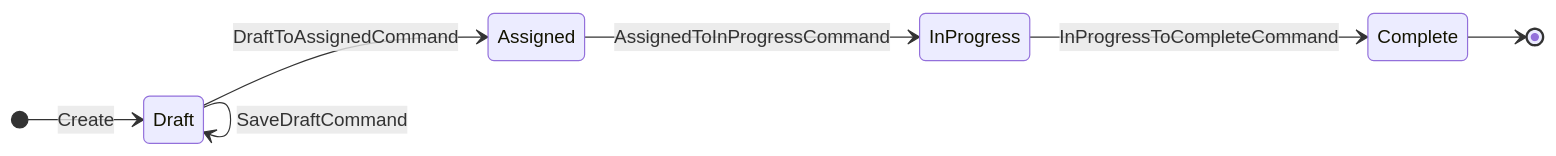
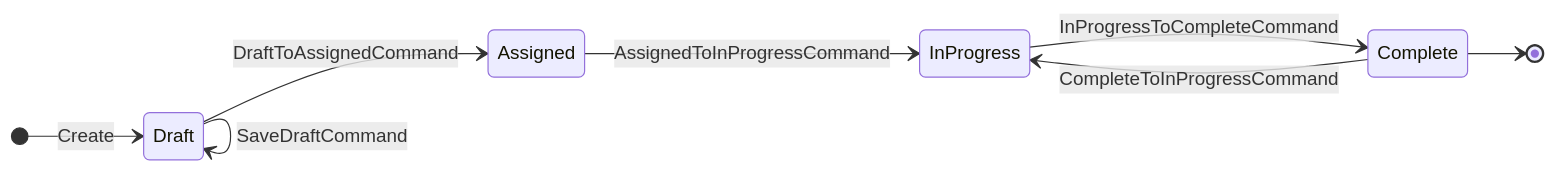
Before and after one commit to sspaniel-cm/bootcamp: the diagram in arch/arch-state-workorder.md, drawn with Mermaid. The commit also changed 10 other files, not shown here.

First line of the commit message:
Add CompleteToInProgressCommand to allow assignees to reopen completed work orders

````diff
--- a/arch/arch-state-workorder.md
+++ b/arch/arch-state-workorder.md
@@ -3,15 +3,17 @@
 ```mermaid
 stateDiagram-v2
     direction LR
 
     [*] --> Draft : Create
 
     Draft --> Draft : SaveDraftCommand
     Draft --> Assigned : DraftToAssignedCommand
 
     Assigned --> InProgress : AssignedToInProgressCommand
 
     InProgress --> Complete : InProgressToCompleteCommand
 
+    Complete --> InProgress : CompleteToInProgressCommand
+
     Complete --> [*]
 ```
````
